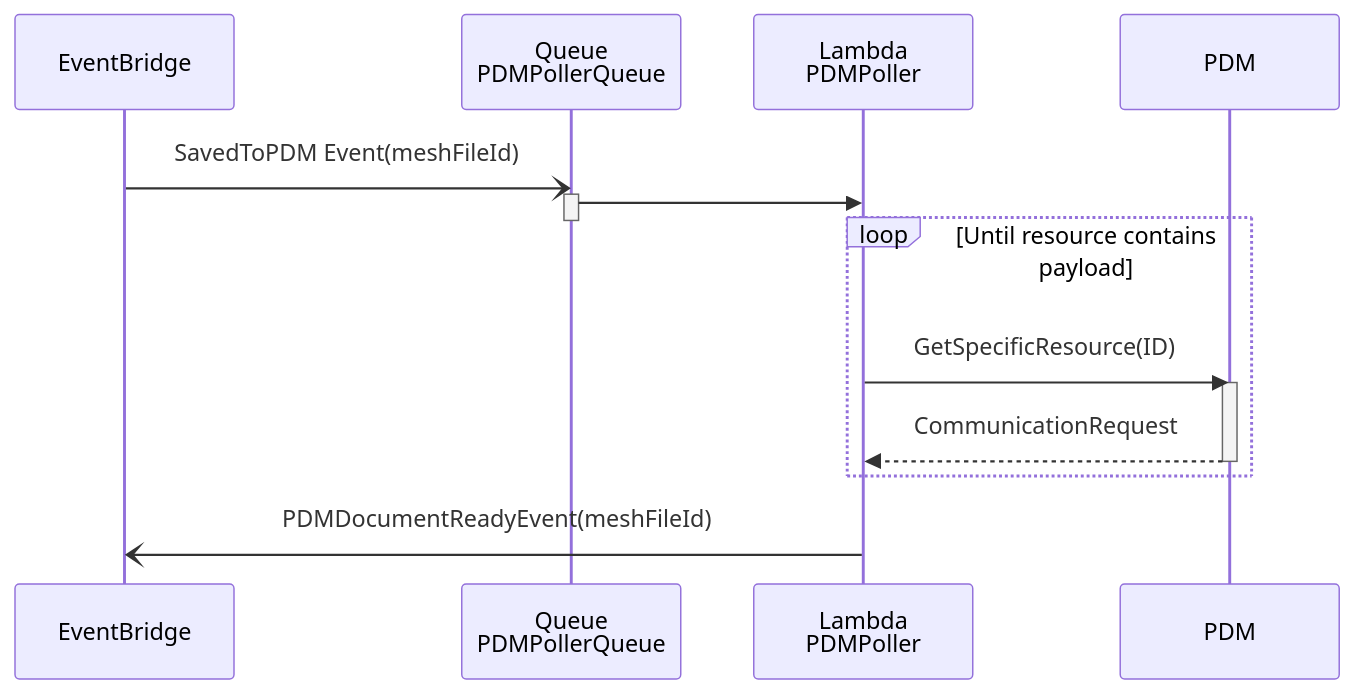
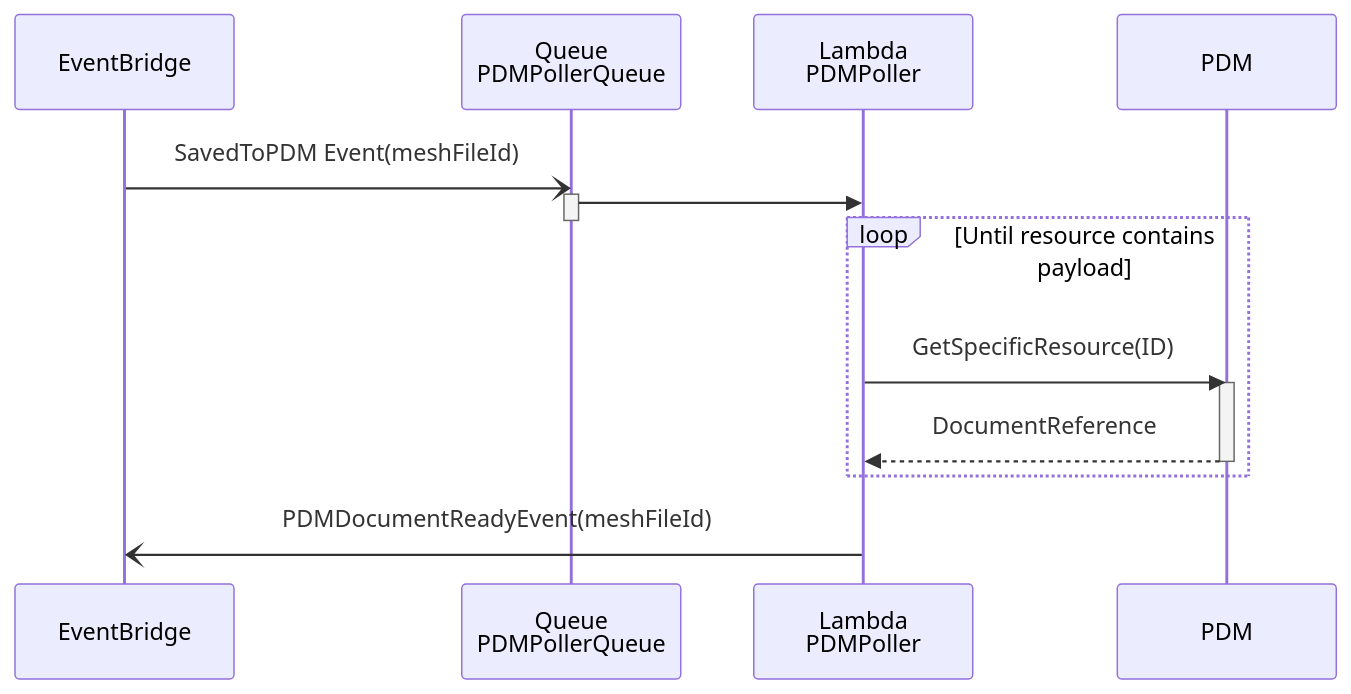
The diagram in docs/diagrams/pdm-poll.md (NHSDigital/nhs-notify-digital-letters), drawn with Mermaid before and after one commit. The commit also changed 3 other files, not shown here.

Commit message:
Changed CommunicationRequest to DocumentReference

````diff
--- a/docs/diagrams/pdm-poll.md
+++ b/docs/diagrams/pdm-poll.md
@@ -14,20 +14,20 @@
 ```mermaid
 
 sequenceDiagram
   participant eventBus as EventBridge
   participant pdmPollerQueue as Queue<br/>PDMPollerQueue
   participant pdmPoller as Lambda<br/>PDMPoller
   participant pdm as PDM
 
   eventBus -) pdmPollerQueue: SavedToPDM Event(meshFileId)
   activate pdmPollerQueue
   pdmPollerQueue ->> pdmPoller:
   deactivate pdmPollerQueue
   loop Until resource contains payload
     pdmPoller ->> pdm: GetSpecificResource(ID)
     activate pdm
-    pdm -->> pdmPoller: CommunicationRequest
+    pdm -->> pdmPoller: DocumentReference
     deactivate pdm
   end
   pdmPoller -) eventBus: PDMDocumentReadyEvent(meshFileId)
 ```
````
